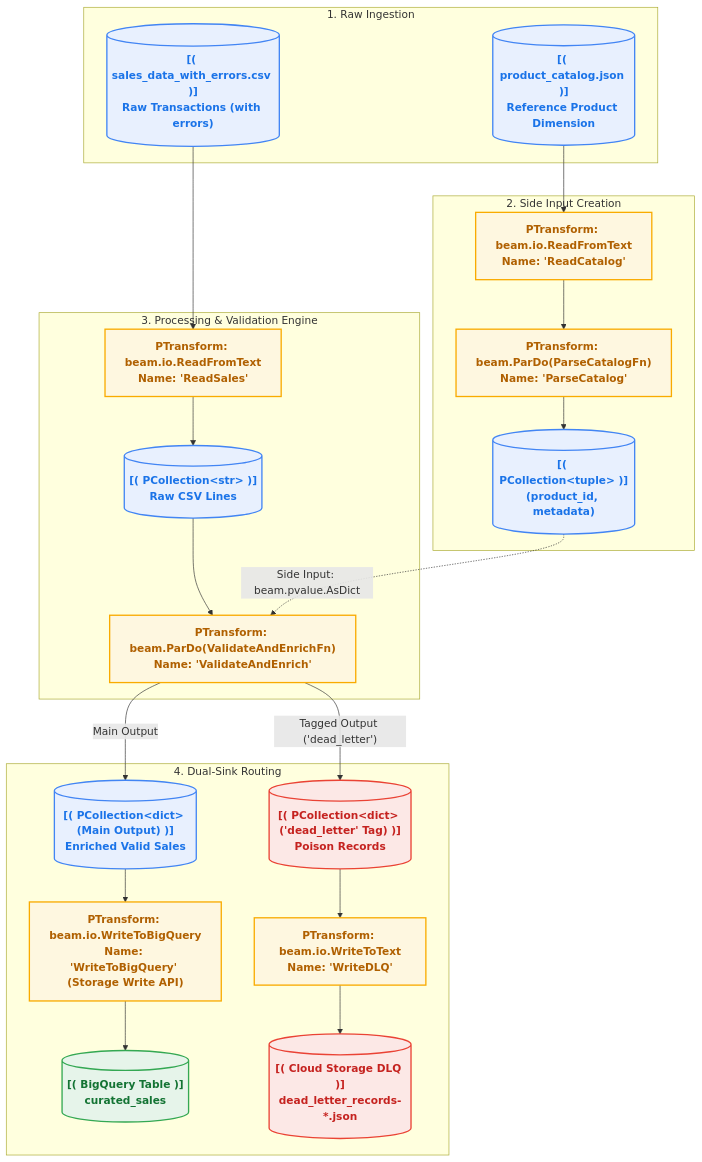
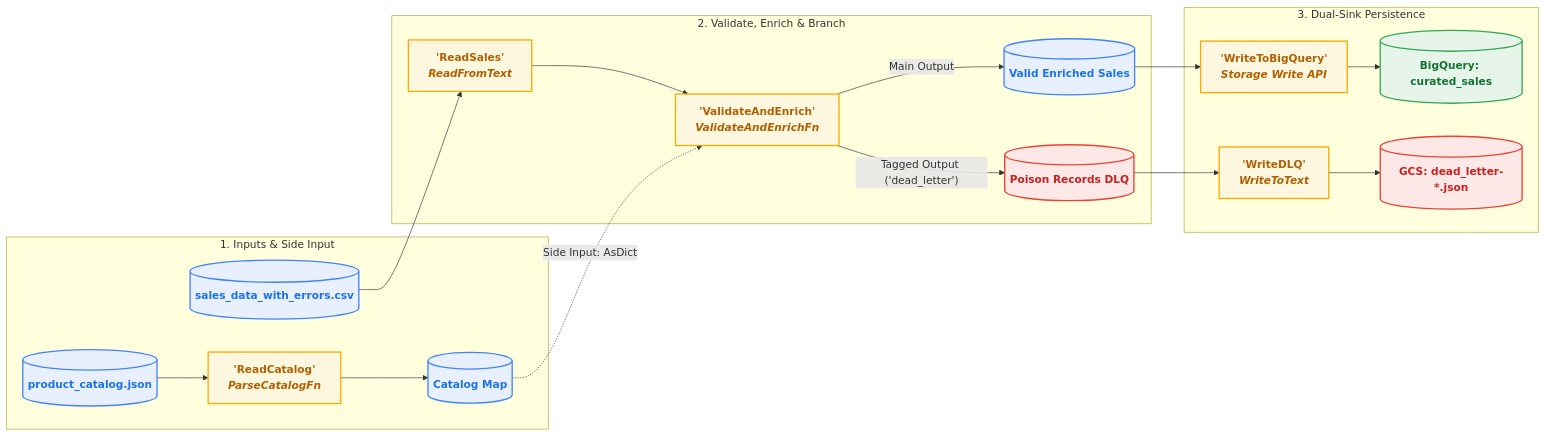
One commit to EilinLux/dataflow-workshops changed the diagram in 02_transforms_and_bigquery/README.md. Above: the diagram before and after it, drawn with Mermaid. The commit also changed 30 other files, not shown here.

Commit message:
docs: redraw and pack all mermaid diagrams into compact horizontal layouts

````diff
--- a/02_transforms_and_bigquery/README.md
+++ b/02_transforms_and_bigquery/README.md
@@ -25,54 +25,35 @@
 ```mermaid
-flowchart TD
+flowchart LR
     classDef pcoll fill:#e8f0fe,stroke:#4285f4,stroke-width:2px,color:#1a73e8,font-weight:bold;
     classDef ptrans fill:#fef7e0,stroke:#f9ab00,stroke-width:2px,color:#b06000,font-weight:bold;
     classDef sink fill:#e6f4ea,stroke:#34a853,stroke-width:2px,color:#137333,font-weight:bold;
     classDef dlq fill:#fce8e6,stroke:#ea4335,stroke-width:2px,color:#c5221f,font-weight:bold;
 
-    subgraph Inputs["1. Raw Ingestion"]
-        SALES_CSV[("[( sales_data_with_errors.csv )]<br/>Raw Transactions (with errors)")]:::pcoll
-        CATALOG_JSON[("[( product_catalog.json )]<br/>Reference Product Dimension")]:::pcoll
+    subgraph Ingest["1. Inputs & Side Input"]
+        SALES[("sales_data_with_errors.csv")]:::pcoll
+        CATALOG[("product_catalog.json")]:::pcoll
+        T_CAT["'ReadCatalog'<br/><i>ParseCatalogFn</i>"]:::ptrans
+        PC_CAT[("Catalog Map")]:::pcoll
+        CATALOG --> T_CAT --> PC_CAT
     end
 
-    subgraph SideInput["2. Side Input Creation"]
-        T_CAT_READ["PTransform: beam.io.ReadFromText<br/>Name: 'ReadCatalog'"]:::ptrans
-        T_CAT_PARSE["PTransform: beam.ParDo(ParseCatalogFn)<br/>Name: 'ParseCatalog'"]:::ptrans
-        PC_CATALOG[("[( PCollection&lt;tuple&gt; )]<br/>(product_id, metadata)")]:::pcoll
+    subgraph Processing["2. Validate, Enrich & Branch"]
+        T_SALES["'ReadSales'<br/><i>ReadFromText</i>"]:::ptrans
+        T_ENRICH["'ValidateAndEnrich'<br/><i>ValidateAndEnrichFn</i>"]:::ptrans
+        PC_VALID[("Valid Enriched Sales")]:::pcoll
+        PC_DLQ[("Poison Records DLQ")]:::dlq
+        SALES --> T_SALES --> T_ENRICH
+        PC_CAT -. "Side Input: AsDict" .-> T_ENRICH
+        T_ENRICH -- "Main Output" --> PC_VALID
+        T_ENRICH -- "Tagged Output ('dead_letter')" --> PC_DLQ
     end
 
-    subgraph Core["3. Processing & Validation Engine"]
-        T_SALES_READ["PTransform: beam.io.ReadFromText<br/>Name: 'ReadSales'"]:::ptrans
-        PC_RAW_SALES[("[( PCollection&lt;str&gt; )]<br/>Raw CSV Lines")]:::pcoll
-        T_ENRICH["PTransform: beam.ParDo(ValidateAndEnrichFn)<br/>Name: 'ValidateAndEnrich'"]:::ptrans
+    subgraph Sinks["3. Dual-Sink Persistence"]
+        T_BQ["'WriteToBigQuery'<br/><i>Storage Write API</i>"]:::ptrans
+        BQ[("BigQuery: curated_sales")]:::sink
+        T_DLQ["'WriteDLQ'<br/><i>WriteToText</i>"]:::ptrans
+        GCS_DLQ[("GCS: dead_letter-*.json")]:::dlq
+        PC_VALID --> T_BQ --> BQ
+        PC_DLQ --> T_DLQ --> GCS_DLQ
     end
-
-    subgraph Outputs["4. Dual-Sink Routing"]
-        PC_VALID[("[( PCollection&lt;dict&gt; (Main Output) )]<br/>Enriched Valid Sales")]:::pcoll
-        PC_DLQ[("[( PCollection&lt;dict&gt; ('dead_letter' Tag) )]<br/>Poison Records")]:::dlq
-        
-        T_BQ["PTransform: beam.io.WriteToBigQuery<br/>Name: 'WriteToBigQuery' (Storage Write API)"]:::ptrans
-        BQ_TABLE[("[( BigQuery Table )]<br/>curated_sales")]:::sink
-        
-        T_DLQ["PTransform: beam.io.WriteToText<br/>Name: 'WriteDLQ'"]:::ptrans
-        DLQ_FILES[("[( Cloud Storage DLQ )]<br/>dead_letter_records-*.json")]:::dlq
-    end
-
-    CATALOG_JSON --> T_CAT_READ
-    T_CAT_READ --> T_CAT_PARSE
-    T_CAT_PARSE --> PC_CATALOG
-    
-    SALES_CSV --> T_SALES_READ
-    T_SALES_READ --> PC_RAW_SALES
-    PC_RAW_SALES --> T_ENRICH
-
-    PC_CATALOG -. "Side Input: beam.pvalue.AsDict" .-> T_ENRICH
-
-    T_ENRICH -- "Main Output" --> PC_VALID
-    T_ENRICH -- "Tagged Output ('dead_letter')" --> PC_DLQ
-
-    PC_VALID --> T_BQ
-    T_BQ --> BQ_TABLE
-
-    PC_DLQ --> T_DLQ
-    T_DLQ --> DLQ_FILES
 ```
````
